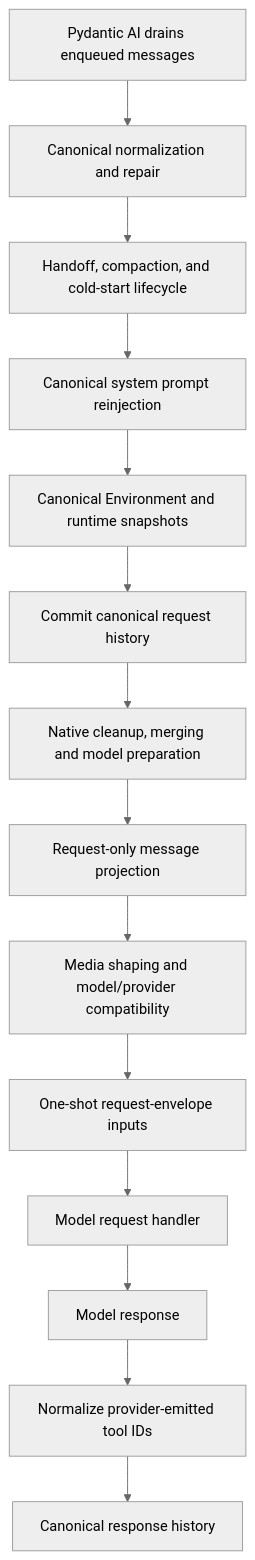
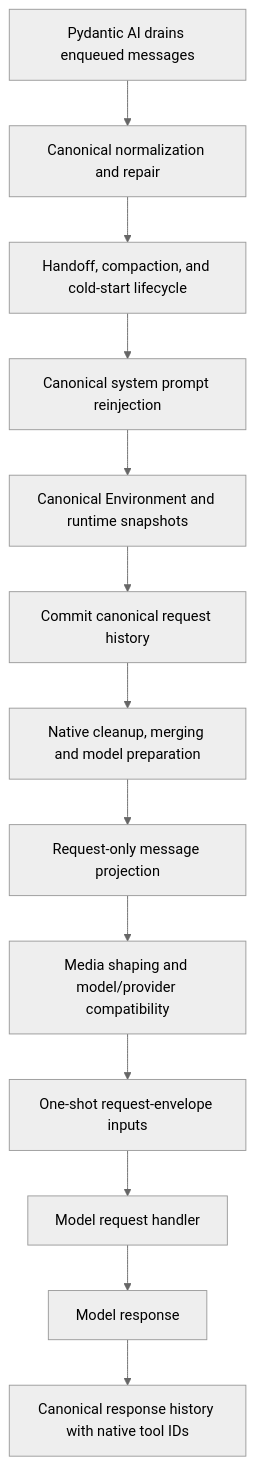
One commit to Wh1isper/ya-mono changed the diagram in packages/ya-agent-sdk/spec/05-capability-first-runtime/03-instructions-and-request-pipeline.md. Above: the diagram before and after it, drawn with Mermaid (neutral theme). The commit also changed other lines of this file and 38 other files, not shown here.

First line of the commit message:
feat(sdk): preserve native tool IDs and add request self-healing (#436)

````diff
--- a/packages/ya-agent-sdk/spec/05-capability-first-runtime/03-instructions-and-request-pipeline.md
+++ b/packages/ya-agent-sdk/spec/05-capability-first-runtime/03-instructions-and-request-pipeline.md
@@ -202,16 +202,15 @@
 ```mermaid
 flowchart TD
     Pending[Pydantic AI drains enqueued messages] --> Repair[Canonical normalization and repair]
     Repair --> Lifecycle[Handoff, compaction, and cold-start lifecycle]
     Lifecycle --> Prompt[Canonical system prompt reinjection]
     Prompt --> Context[Canonical Environment and runtime snapshots]
     Context --> Canonical[Commit canonical request history]
     Canonical --> Prepare[Native cleanup, merging and model preparation]
     Prepare --> Copy[Request-only message projection]
     Copy --> Media[Media shaping and model/provider compatibility]
     Media --> FeatureInputs[One-shot request-envelope inputs]
     FeatureInputs --> Model[Model request handler]
     Model --> Response[Model response]
-    Response --> ToolIds[Normalize provider-emitted tool IDs]
-    ToolIds --> Stored[Canonical response history]
+    Response --> Stored[Canonical response history with native tool IDs]
 ```
````
